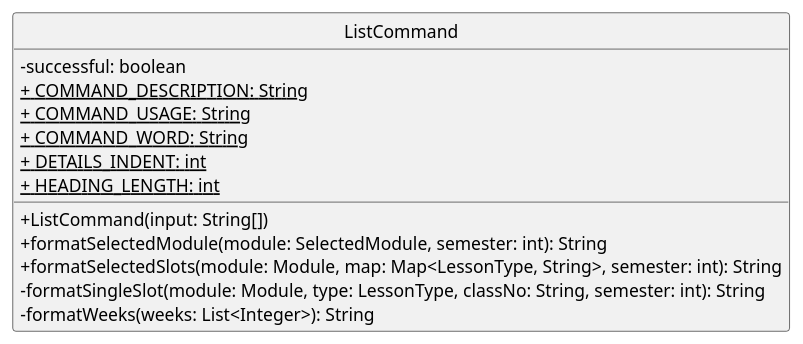
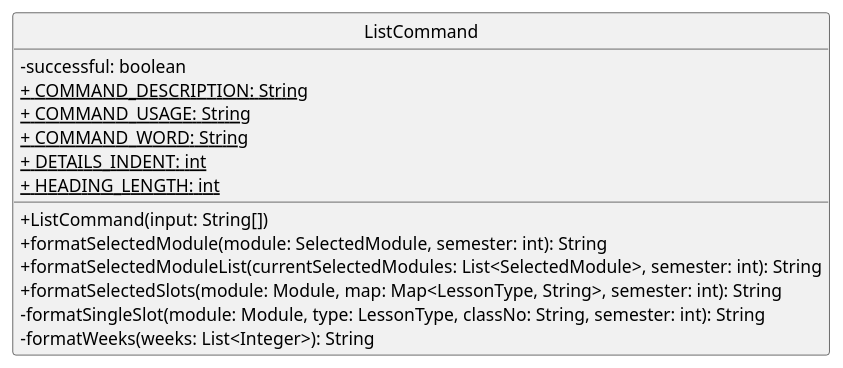
The diagram in docs/UMLdiagrams/ListCommandCLass.puml (nus-cs2113-AY2223S1/tp), drawn with PlantUML before and after one commit. The commit also changed 1 other file, not shown here.

Commit message:
Update list command class diagram

```diff
--- a/docs/UMLdiagrams/ListCommandCLass.puml
+++ b/docs/UMLdiagrams/ListCommandCLass.puml
@@ -1,21 +1,22 @@
 @startuml
 'https://plantuml.com/class-diagram
 hide circle
 skinparam classAttributeIconSize 0
 
 class ListCommand {
     - successful: boolean
     <u>+ COMMAND_DESCRIPTION: String
     <u>+ COMMAND_USAGE: String
     <u>+ COMMAND_WORD: String
     <u>+ DETAILS_INDENT: int
     <u>+ HEADING_LENGTH: int
 
     + ListCommand(input: String[])
     + formatSelectedModule(module: SelectedModule, semester: int): String
+    + formatSelectedModuleList(currentSelectedModules: List<SelectedModule>, semester: int): String
     + formatSelectedSlots(module: Module, map: Map<LessonType, String>, semester: int): String
     - formatSingleSlot(module: Module, type: LessonType, classNo: String, semester: int): String
     - formatWeeks(weeks: List<Integer>): String
 }
 
 @enduml
```
